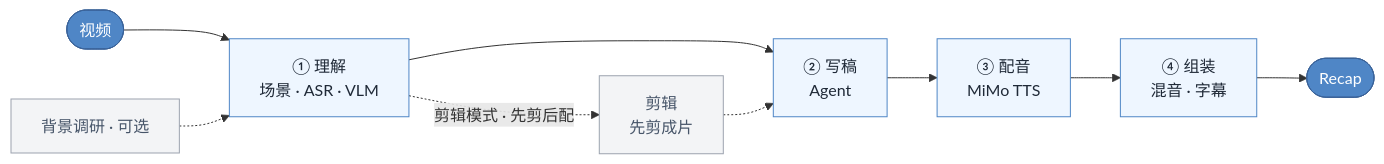
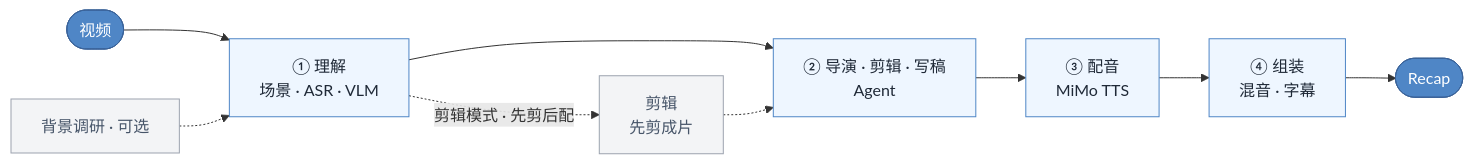
One commit to worldwonderer/video-recap-skills changed the diagram in README.md. Above: the diagram before and after it, drawn with Mermaid. The commit also changed other lines of this file and 44 other files, not shown here.

First line of the commit message:
Keep recap decisions grounded across agent hosts (#63)

````diff
--- a/README.md
+++ b/README.md
@@ -21,13 +21,13 @@
 ```mermaid
 flowchart LR
     video(["视频"]) --> understand["① 理解<br/>场景 · ASR · VLM"]
     research["背景调研 · 可选"] -.-> understand
-    understand --> script["② 写稿<br/>Agent"] --> voiceover["③ 配音<br/>MiMo TTS"] --> assemble["④ 组装<br/>混音 · 字幕"] --> output(["Recap"])
+    understand --> script["② 导演 · 剪辑 · 写稿<br/>Agent"] --> voiceover["③ 配音<br/>MiMo TTS"] --> assemble["④ 组装<br/>混音 · 字幕"] --> output(["Recap"])
     understand -. 剪辑模式 · 先剪后配 .-> cut["剪辑<br/>先剪成片"] -.-> script
     classDef io fill:#4f86c6,stroke:#3a6298,color:#fff;
     classDef stage fill:#eef6ff,stroke:#4f86c6,color:#1f2937;
     classDef opt fill:#f3f4f6,stroke:#9ca3af,color:#475569;
     class video,output io;
     class understand,script,voiceover,assemble stage;
     class research,cut opt;
 ```
````
